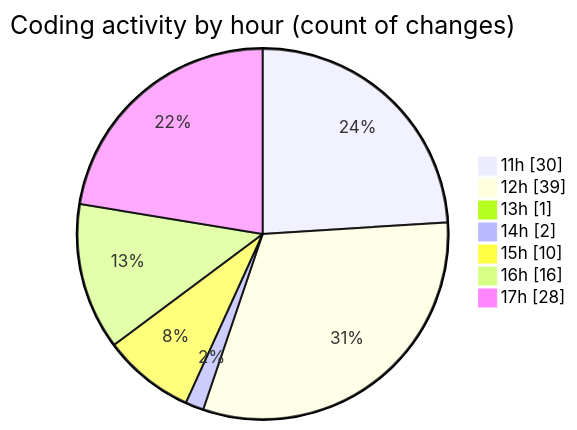
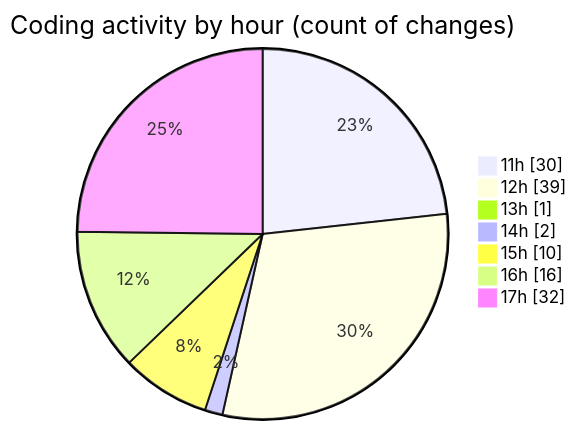
One commit to nxtqubesakshisongat/code-tracking changed the second of 2 diagrams in 2025-07-13/argos/README.md. Above: the diagram before and after it, drawn with Mermaid. The commit also changed other lines of this file and 1 other file, not shown here.

````diff
--- a/2025-07-13/argos/README.md
+++ b/2025-07-13/argos/README.md
@@ -32,11 +32,11 @@
 ```mermaid
 pie showData
 title Coding activity by hour (count of changes)
 "11h" : 30
 "12h" : 39
 "13h" : 1
 "14h" : 2
 "15h" : 10
 "16h" : 16
-"17h" : 28
+"17h" : 32
 ```
````
